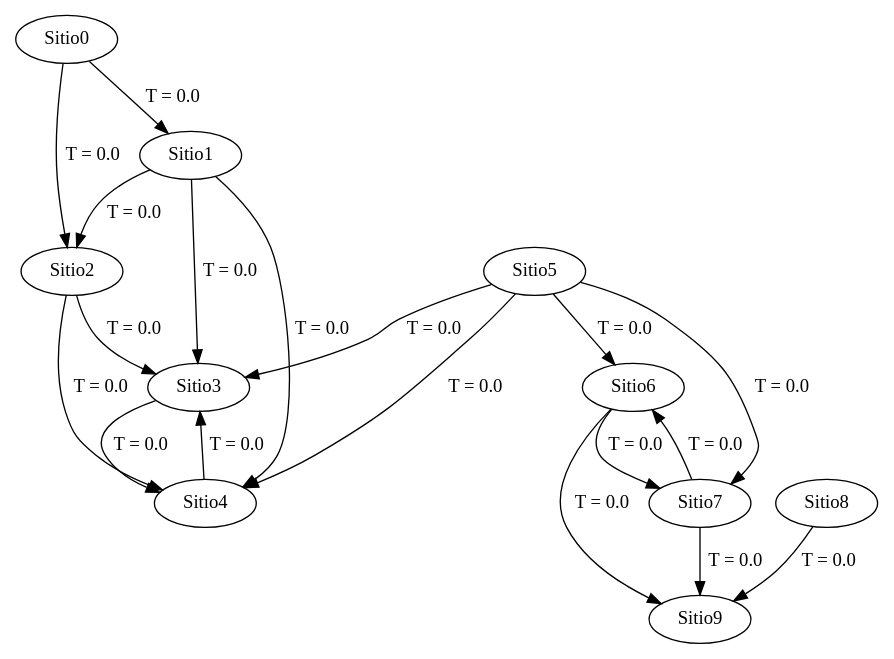
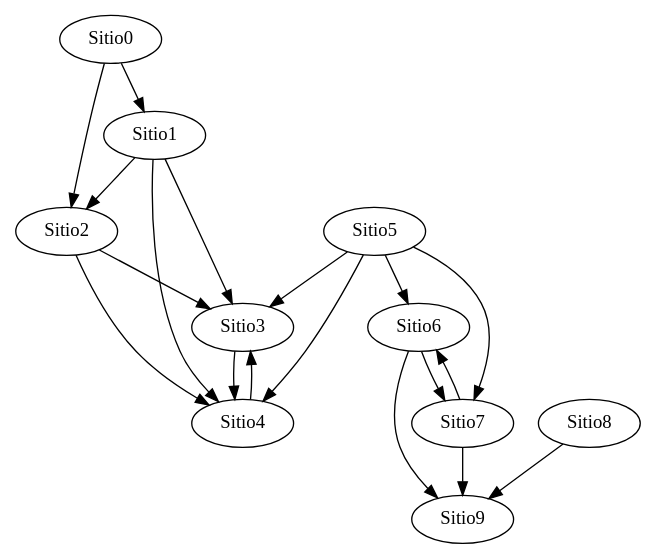
The diagram in PI3_3_enrbarroq/ficheros/grafo2.gv (enriquebarba97/Practicas-Individuales-ADDA), drawn with Graphviz before and after one commit. The commit also changed 2 other files, not shown here.

```diff
--- a/PI3_3_enrbarroq/ficheros/grafo2.gv
+++ b/PI3_3_enrbarroq/ficheros/grafo2.gv
@@ -1,30 +1,30 @@
 strict digraph G {
   1 [ label="Sitio0" ];
   2 [ label="Sitio1" ];
   3 [ label="Sitio2" ];
   4 [ label="Sitio3" ];
   5 [ label="Sitio4" ];
   6 [ label="Sitio5" ];
   7 [ label="Sitio6" ];
   8 [ label="Sitio7" ];
   9 [ label="Sitio8" ];
   10 [ label="Sitio9" ];
-  1 -> 2 [ label="T = 0.0" ];
-  1 -> 3 [ label="T = 0.0" ];
-  2 -> 3 [ label="T = 0.0" ];
-  2 -> 4 [ label="T = 0.0" ];
-  2 -> 5 [ label="T = 0.0" ];
-  3 -> 4 [ label="T = 0.0" ];
-  3 -> 5 [ label="T = 0.0" ];
-  4 -> 5 [ label="T = 0.0" ];
-  5 -> 4 [ label="T = 0.0" ];
-  6 -> 4 [ label="T = 0.0" ];
-  6 -> 5 [ label="T = 0.0" ];
-  6 -> 7 [ label="T = 0.0" ];
-  6 -> 8 [ label="T = 0.0" ];
-  7 -> 8 [ label="T = 0.0" ];
-  7 -> 10 [ label="T = 0.0" ];
-  8 -> 7 [ label="T = 0.0" ];
-  8 -> 10 [ label="T = 0.0" ];
-  9 -> 10 [ label="T = 0.0" ];
+  1 -> 2;
+  1 -> 3;
+  2 -> 3;
+  2 -> 4;
+  2 -> 5;
+  3 -> 4;
+  3 -> 5;
+  4 -> 5;
+  5 -> 4;
+  6 -> 4;
+  6 -> 5;
+  6 -> 7;
+  6 -> 8;
+  7 -> 8;
+  7 -> 10;
+  8 -> 7;
+  8 -> 10;
+  9 -> 10;
 }
```
